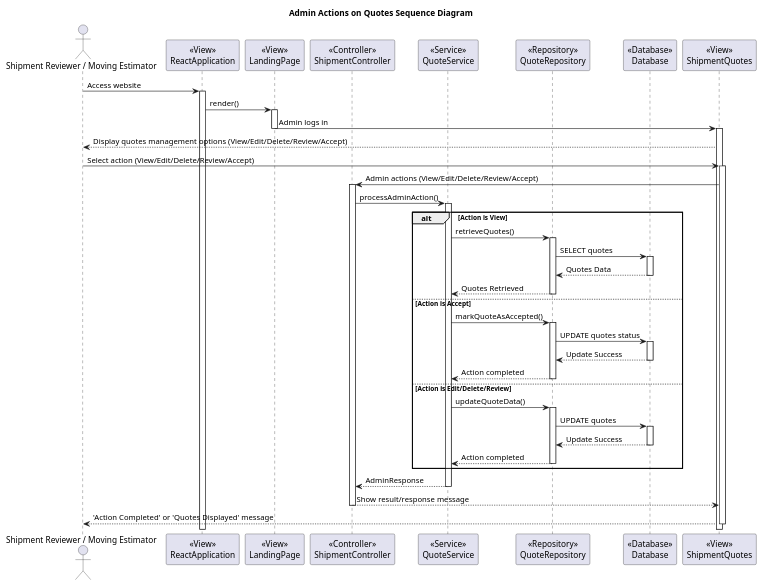
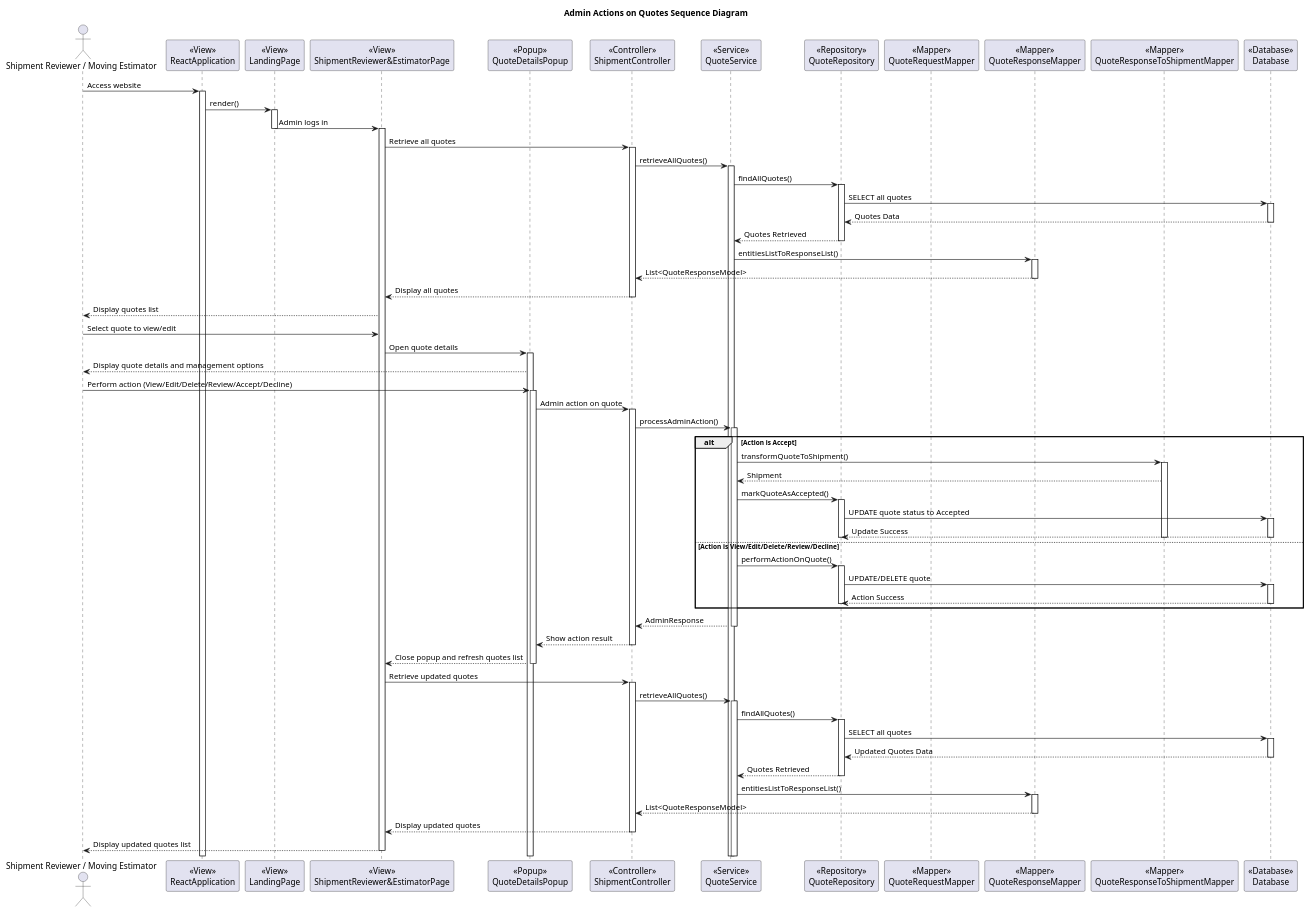
One commit to nic5694/MovingExpress changed the diagram in Diagrams/Sprints/Sprint_1-Request_Quote/Design_lvl_SSD_Admins.puml. Above: the diagram before and after it, drawn with PlantUML.

Commit message:
Updated admin SSD

```diff
--- a/Diagrams/Sprints/Sprint_1-Request_Quote/Design_lvl_SSD_Admins.puml
+++ b/Diagrams/Sprints/Sprint_1-Request_Quote/Design_lvl_SSD_Admins.puml
@@ -1,78 +1,134 @@
 @startuml
 title Admin Actions on Quotes Sequence Diagram
 
 actor "Shipment Reviewer / Moving Estimator" as Admin
 
 participant ReactApplication as "<<View>>\nReactApplication"
 participant LandingPage as "<<View>>\nLandingPage"
+participant ShipmentReviewerPage as "<<View>>\nShipmentReviewer&EstimatorPage"
+participant QuotePopup as "<<Popup>>\nQuoteDetailsPopup"
 participant ShipmentController as "<<Controller>>\nShipmentController"
 participant QuoteService as "<<Service>>\nQuoteService"
 participant QuoteRepository as "<<Repository>>\nQuoteRepository"
+participant QuoteRequestMapper as "<<Mapper>>\nQuoteRequestMapper"
+participant QuoteResponseMapper as "<<Mapper>>\nQuoteResponseMapper"
+participant QuoteResponseToShipmentMapper as "<<Mapper>>\nQuoteResponseToShipmentMapper"
 participant Database as "<<Database>>\nDatabase"
-participant ShipmentQuotes as "<<View>>\nShipmentQuotes"
 
 Admin -> ReactApplication : Access website
 activate ReactApplication
 
 ReactApplication -> LandingPage : render()
 activate LandingPage
 
-LandingPage -> ShipmentQuotes : Admin logs in
+LandingPage -> ShipmentReviewerPage : Admin logs in
 deactivate LandingPage
-activate ShipmentQuotes
+activate ShipmentReviewerPage
 
-ShipmentQuotes --> Admin : Display quotes management options (View/Edit/Delete/Review/Accept)
-Admin -> ShipmentQuotes : Select action (View/Edit/Delete/Review/Accept)
-activate ShipmentQuotes
+ShipmentReviewerPage -> ShipmentController : Retrieve all quotes
+activate ShipmentController
 
-ShipmentQuotes -> ShipmentController : Admin actions (View/Edit/Delete/Review/Accept)
+ShipmentController -> QuoteService : retrieveAllQuotes()
+activate QuoteService
+
+QuoteService -> QuoteRepository : findAllQuotes()
+activate QuoteRepository
+
+QuoteRepository -> Database : SELECT all quotes
+activate Database
+Database --> QuoteRepository : Quotes Data
+
+deactivate Database
+QuoteRepository --> QuoteService : Quotes Retrieved
+
+deactivate QuoteRepository
+QuoteService -> QuoteResponseMapper : entitiesListToResponseList()
+activate QuoteResponseMapper
+QuoteResponseMapper --> ShipmentController : List<QuoteResponseModel>
+
+deactivate QuoteResponseMapper
+ShipmentController --> ShipmentReviewerPage : Display all quotes
+deactivate ShipmentController
+
+ShipmentReviewerPage --> Admin : Display quotes list
+Admin -> ShipmentReviewerPage : Select quote to view/edit
+
+ShipmentReviewerPage -> QuotePopup : Open quote details
+activate QuotePopup
+
+QuotePopup --> Admin : Display quote details and management options
+Admin -> QuotePopup : Perform action (View/Edit/Delete/Review/Accept/Decline)
+activate QuotePopup
+
+QuotePopup -> ShipmentController : Admin action on quote
 activate ShipmentController
 
 ShipmentController -> QuoteService : processAdminAction()
 activate QuoteService
 
-alt Action is View
-    QuoteService -> QuoteRepository : retrieveQuotes()
-    activate QuoteRepository
+alt Action is Accept
+    QuoteService -> QuoteResponseToShipmentMapper : transformQuoteToShipment()
+    activate QuoteResponseToShipmentMapper
+    QuoteResponseToShipmentMapper --> QuoteService : Shipment
 
-    QuoteRepository -> Database : SELECT quotes
-    activate Database
-    Database --> QuoteRepository : Quotes Data
-    deactivate Database
-
-    QuoteRepository --> QuoteService : Quotes Retrieved
-    deactivate QuoteRepository
-else Action is Accept
     QuoteService -> QuoteRepository : markQuoteAsAccepted()
     activate QuoteRepository
 
-    QuoteRepository -> Database : UPDATE quotes status
+    QuoteRepository -> Database : UPDATE quote status to Accepted
     activate Database
     Database --> QuoteRepository : Update Success
+
     deactivate Database
+    deactivate QuoteRepository
+    deactivate QuoteResponseToShipmentMapper
 
-    QuoteRepository --> QuoteService : Action completed
-    deactivate QuoteRepository
-else Action is Edit/Delete/Review
-    QuoteService -> QuoteRepository : updateQuoteData()
+else Action is View/Edit/Delete/Review/Decline
+    QuoteService -> QuoteRepository : performActionOnQuote()
     activate QuoteRepository
 
-    QuoteRepository -> Database : UPDATE quotes
+    QuoteRepository -> Database : UPDATE/DELETE quote
     activate Database
-    Database --> QuoteRepository : Update Success
+    Database --> QuoteRepository : Action Success
+
     deactivate Database
-
-    QuoteRepository --> QuoteService : Action completed
     deactivate QuoteRepository
 end
 
 QuoteService --> ShipmentController : AdminResponse
 deactivate QuoteService
 
-ShipmentController --> ShipmentQuotes : Show result/response message
+ShipmentController --> QuotePopup : Show action result
 deactivate ShipmentController
 
-ShipmentQuotes --> Admin : 'Action Completed' or 'Quotes Displayed' message
-deactivate ShipmentQuotes
+QuotePopup --> ShipmentReviewerPage : Close popup and refresh quotes list
+deactivate QuotePopup
+
+ShipmentReviewerPage -> ShipmentController : Retrieve updated quotes
+activate ShipmentController
+
+ShipmentController -> QuoteService : retrieveAllQuotes()
+activate QuoteService
+
+QuoteService -> QuoteRepository : findAllQuotes()
+activate QuoteRepository
+
+QuoteRepository -> Database : SELECT all quotes
+activate Database
+Database --> QuoteRepository : Updated Quotes Data
+
+deactivate Database
+QuoteRepository --> QuoteService : Quotes Retrieved
+
+deactivate QuoteRepository
+QuoteService -> QuoteResponseMapper : entitiesListToResponseList()
+activate QuoteResponseMapper
+QuoteResponseMapper --> ShipmentController : List<QuoteResponseModel>
+
+deactivate QuoteResponseMapper
+ShipmentController --> ShipmentReviewerPage : Display updated quotes
+deactivate ShipmentController
+
+ShipmentReviewerPage --> Admin : Display updated quotes list
+deactivate ShipmentReviewerPage
 
 @enduml
```
